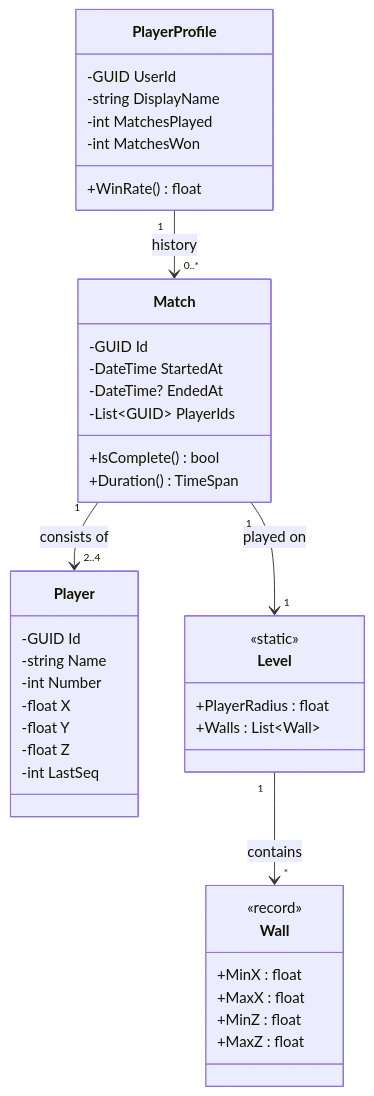
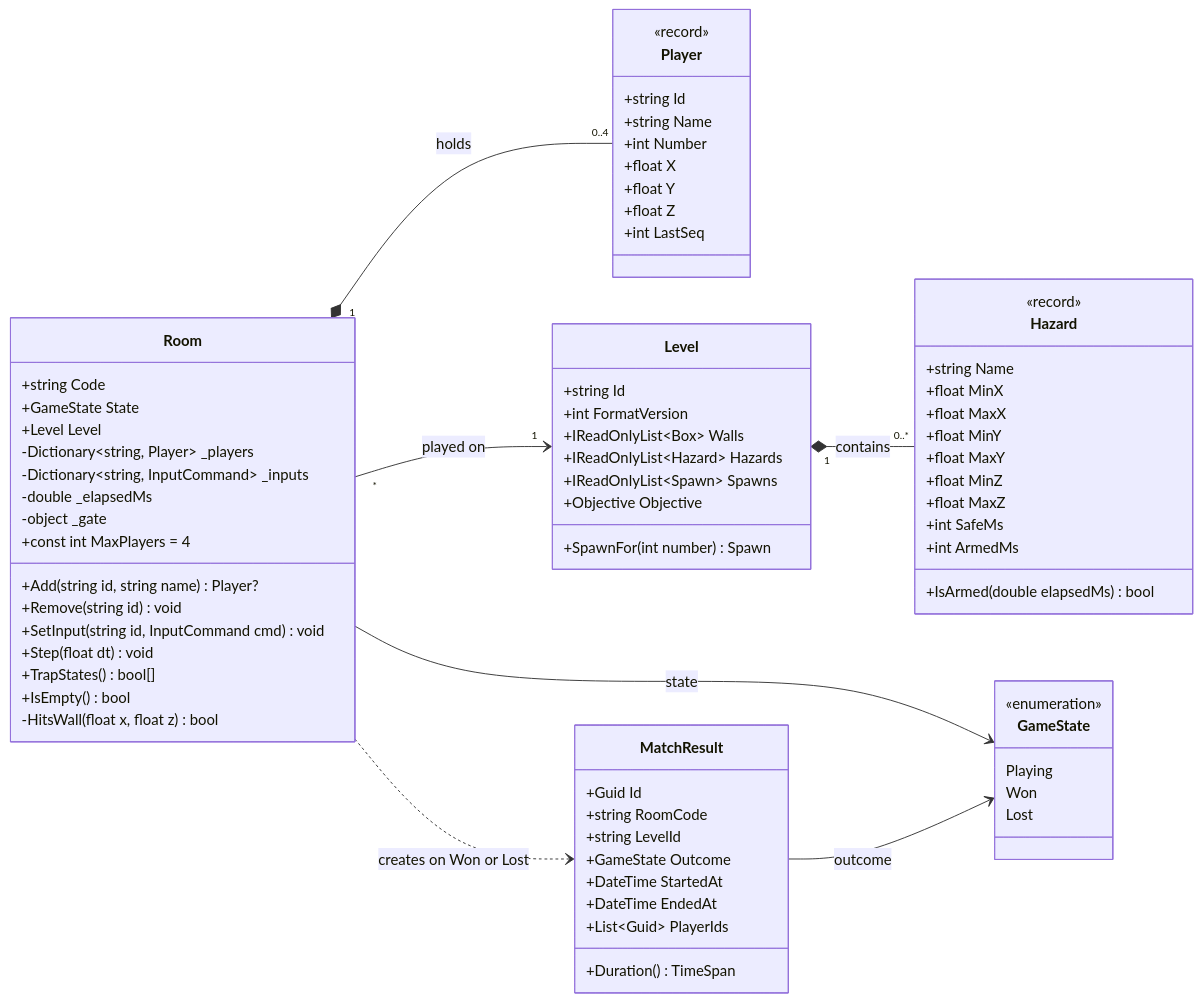
One commit to esway001/cen5064-project-swayne changed the third of 4 diagrams in README.md. Above: the diagram before and after it, drawn with Mermaid. The commit also changed other lines of this file, not shown here.

Commit message:
Enhance UML diagrams in README.md
Updated UML diagrams for GameLoop relationships and sign-in sequence.

````diff
--- a/README.md
+++ b/README.md
@@ -125,48 +126,82 @@
 ```mermaid
-classDiagram 
+classDiagram
+    direction LR
+ 
+    class Room {
+        +string Code
+        +GameState State
+        +Level Level
+        -Dictionary~string, Player~ _players
+        -Dictionary~string, InputCommand~ _inputs
+        -double _elapsedMs
+        -object _gate
+        +const int MaxPlayers = 4
+        +Add(string id, string name) Player?
+        +Remove(string id) void
+        +SetInput(string id, InputCommand cmd) void
+        +Step(float dt) void
+        +TrapStates() bool[]
+        +IsEmpty() bool
+        -HitsWall(float x, float z) bool
+    }
+ 
     class Player {
-        -GUID Id
-        -string Name
-        -int Number
-        -float X
-        -float Y
-        -float Z
-        -int LastSeq
+        <<record>>
+        +string Id
+        +string Name
+        +int Number
+        +float X
+        +float Y
+        +float Z
+        +int LastSeq
     }
-
-    class Match {
-        -GUID Id
-        -DateTime StartedAt
-        -DateTime? EndedAt
-        -List~GUID~ PlayerIds
-        +IsComplete() bool
+ 
+    class Level {
+        +string Id
+        +int FormatVersion
+        +IReadOnlyList~Box~ Walls
+        +IReadOnlyList~Hazard~ Hazards
+        +IReadOnlyList~Spawn~ Spawns
+        +Objective Objective
+        +SpawnFor(int number) Spawn
+    }
+ 
+    class Hazard {
+        <<record>>
+        +string Name
+        +float MinX
+        +float MaxX
+        +float MinY
+        +float MaxY
+        +float MinZ
+        +float MaxZ
+        +int SafeMs
+        +int ArmedMs
+        +IsArmed(double elapsedMs) bool
+    }
+ 
+    class MatchResult {
+        +Guid Id
+        +string RoomCode
+        +string LevelId
+        +GameState Outcome
+        +DateTime StartedAt
+        +DateTime EndedAt
+        +List~Guid~ PlayerIds
         +Duration() TimeSpan
     }
-
-    class Level {
-        <<static>>
-        +PlayerRadius : float
-        +Walls : List~Wall~
+ 
+    class GameState {
+        <<enumeration>>
+        Playing
+        Won
+        Lost
     }
-
-    class Wall {
-        <<record>>
-        +MinX : float
-        +MaxX : float
-        +MinZ : float
-        +MaxZ : float
-    }
-
-    class PlayerProfile {
-        -GUID UserId
-        -string DisplayName
-        -int MatchesPlayed
-        -int MatchesWon
-        +WinRate() float
-    }
-
-    Match "1" --> "2..4" Player : consists of
-    Match "1" --> "1" Level : played on
-    Level "1" --> "*" Wall : contains
-    PlayerProfile "1" --> "0..*" Match : history
+ 
+    Room "1" *-- "0..4" Player : holds
+    Room "*" --> "1" Level : played on
+    Level "1" *-- "0..*" Hazard : contains
+    Room --> GameState : state
+    Room ..> MatchResult : creates on Won or Lost
+    MatchResult --> GameState : outcome
 ```
````
